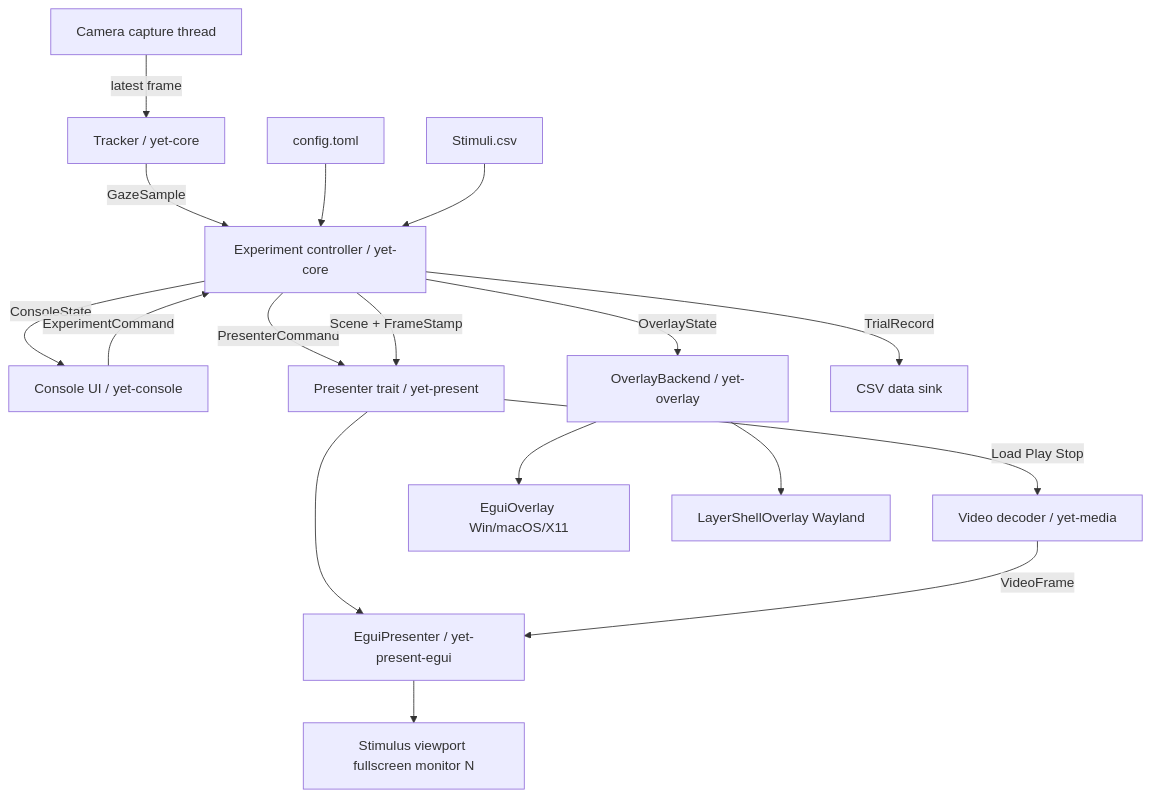
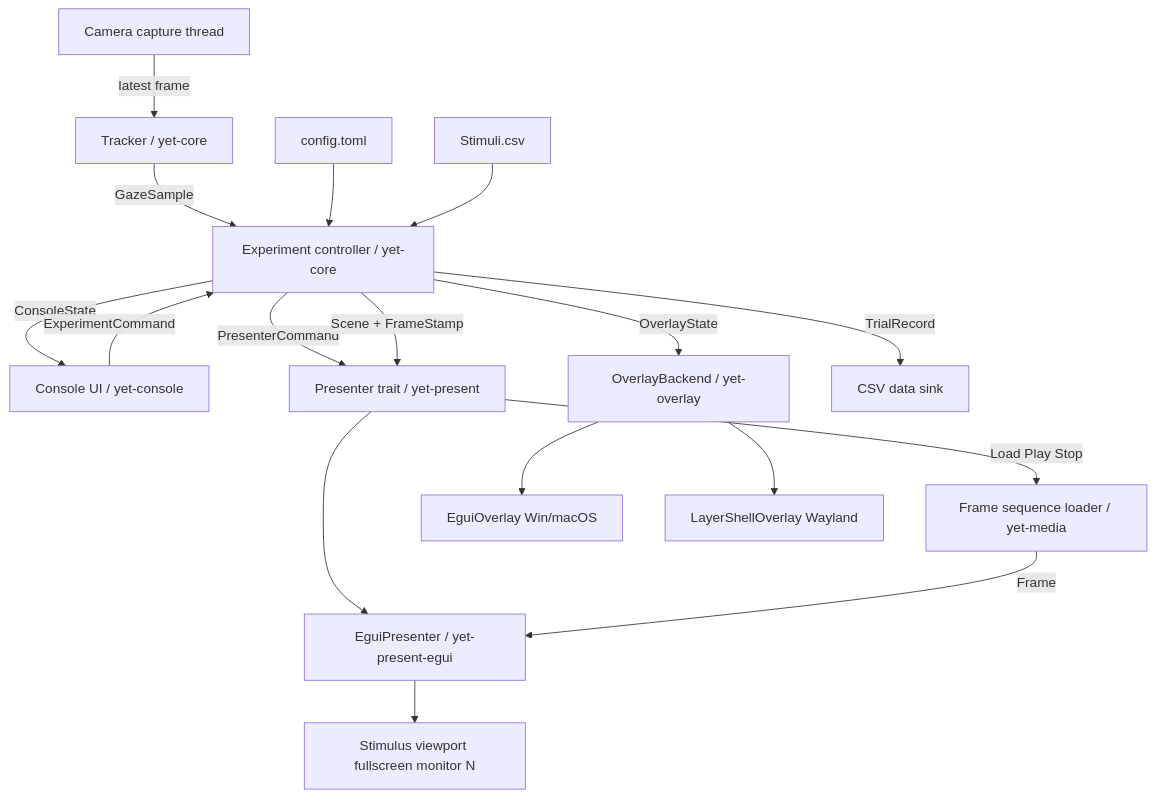
One commit to schmettow/yet-rs changed the diagram in UI_analysis.md. Above: the diagram before and after it, drawn with Mermaid. The commit also changed other lines of this file, not shown here.

First line of the commit message:
Revise UI analysis for GPL, pre-decoded video and Wayland-first overlay

````diff
--- a/UI_analysis.md
+++ b/UI_analysis.md
@@ -534,19 +549,19 @@
 ```mermaid
 flowchart TD
     A[Camera capture thread] -->|latest frame| B[Tracker / yet-core]
     B -->|GazeSample| C[Experiment controller / yet-core]
     M[config.toml] --> C
     N[Stimuli.csv] --> C
     C -->|ConsoleState| D[Console UI / yet-console]
     D -->|ExperimentCommand| C
     C -->|PresenterCommand| E[Presenter trait / yet-present]
     C -->|Scene + FrameStamp| E
     E --> F[EguiPresenter / yet-present-egui]
     F --> G[Stimulus viewport fullscreen monitor N]
-    H[Video decoder / yet-media] -->|VideoFrame| F
+    H[Frame sequence loader / yet-media] -->|Frame| F
     E -->|Load Play Stop| H
     C -->|OverlayState| I[OverlayBackend / yet-overlay]
-    I --> J[EguiOverlay Win/macOS/X11]
+    I --> J[EguiOverlay Win/macOS]
     I --> K[LayerShellOverlay Wayland]
     C -->|TrialRecord| L[CSV data sink]
 ```
````
